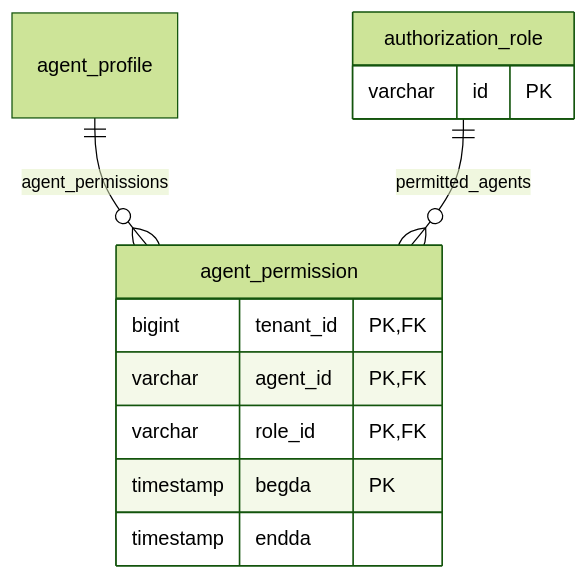
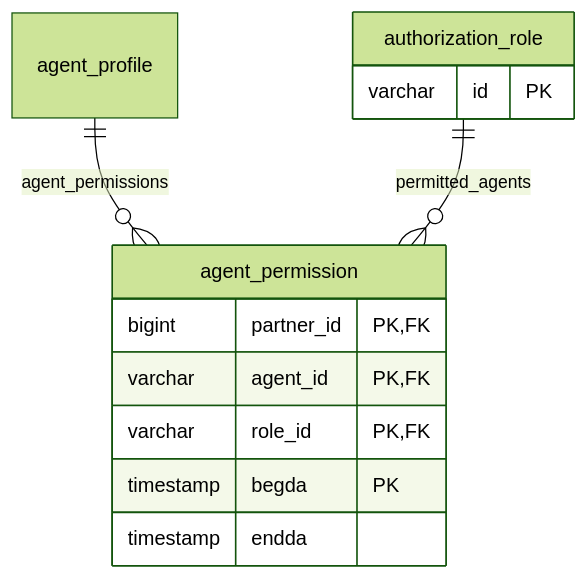
The seventh of 18 diagrams in doc/database.md (nauticana/scout), drawn with Mermaid (forest theme) before and after one commit. The commit also changed other lines of this file and 163 other files, not shown here.

Commit message:
Partner-scoped tenant tables, a registration catalog, tenant-aware tool listing

````diff
--- a/doc/database.md
+++ b/doc/database.md
@@ -773,16 +774,16 @@
 ```mermaid
 erDiagram
     agent_profile ||--o{ agent_permission : agent_permissions
     authorization_role ||--o{ agent_permission : permitted_agents
 
     agent_permission {
-        bigint tenant_id PK,FK
+        bigint partner_id PK,FK
         varchar agent_id PK,FK
         varchar role_id PK,FK
         timestamp begda PK
         timestamp endda
     }
     authorization_role {
         varchar id PK
     }
 ```
````
